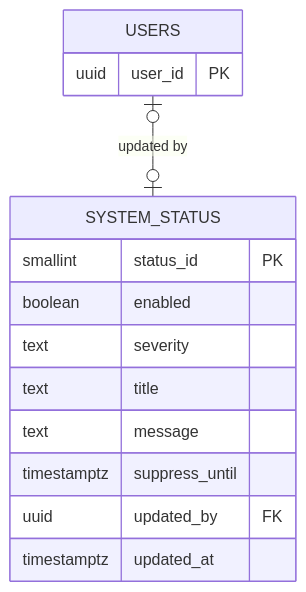
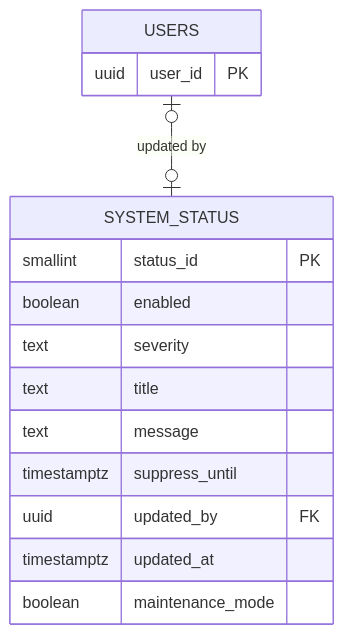
Before and after one commit to RADENzzz/coe-nnect: the eighth of 10 diagrams in docs/DATABASE STRUCTURE/README.md, drawn with Mermaid. The commit also changed other lines of this file and 26 other files, not shown here.

````diff
--- a/docs/DATABASE STRUCTURE/README.md
+++ b/docs/DATABASE STRUCTURE/README.md
@@ -686,18 +705,19 @@
 ```mermaid
 erDiagram
     USERS |o--o| SYSTEM_STATUS : "updated by"
 
     USERS {
         uuid user_id PK
     }
     SYSTEM_STATUS {
         smallint status_id PK
         boolean enabled
         text severity
         text title
         text message
         timestamptz suppress_until
         uuid updated_by FK
         timestamptz updated_at
+        boolean maintenance_mode
     }
 ```
````
